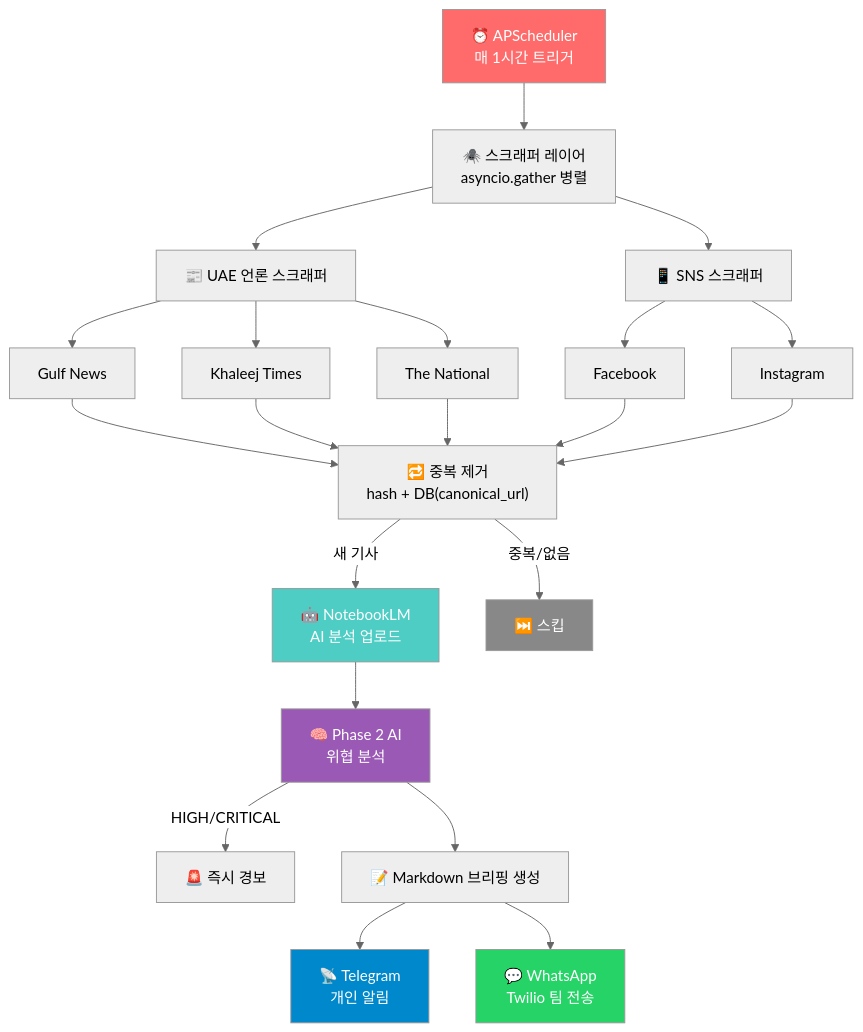
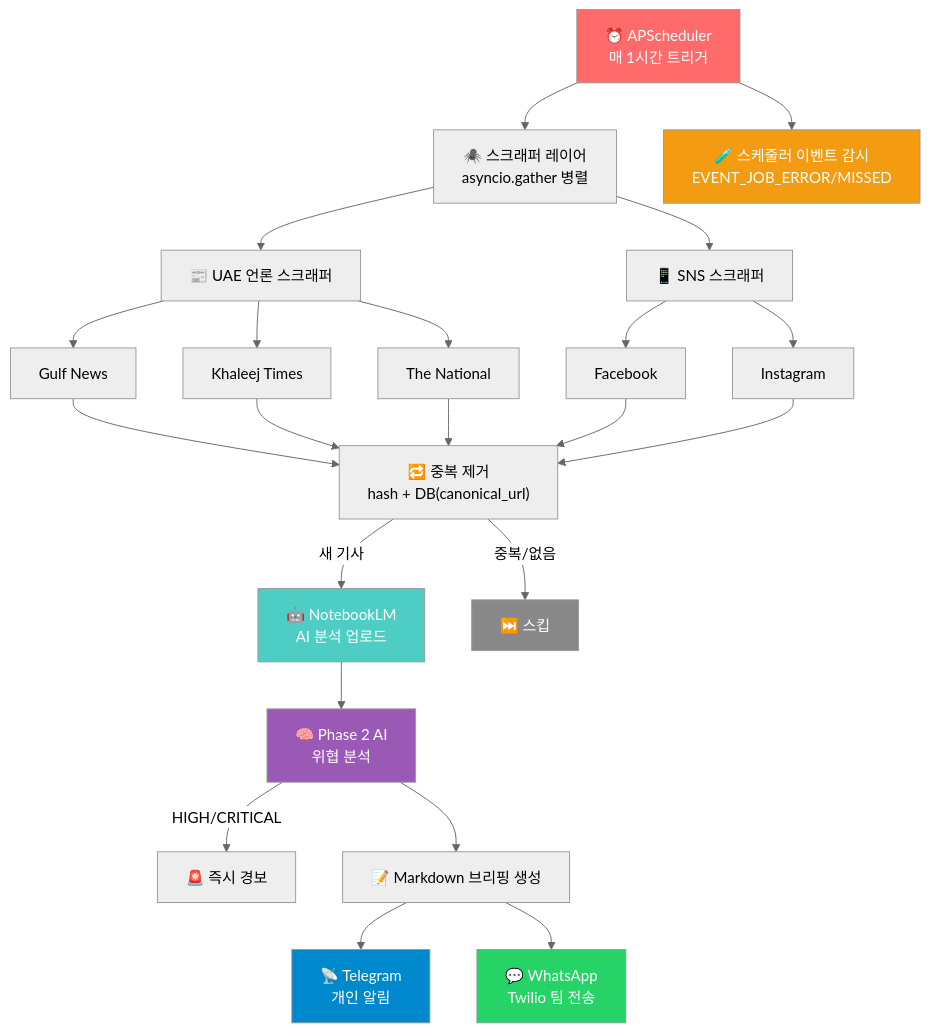
Before and after one commit to macho715/iran-war-notelm: the first of 3 diagrams in README.md, drawn with Mermaid (neutral theme). The commit also changed other lines of this file and 2 other files, not shown here.

Commit message:
docs: sync changelog readme architecture for deep-synth observability

````diff
--- a/README.md
+++ b/README.md
@@ -34,32 +35,34 @@
 ```mermaid
 flowchart TD
     A["⏰ APScheduler<br/>매 1시간 트리거"] --> B["🕷️ 스크래퍼 레이어<br/>asyncio.gather 병렬"]
 
     B --> C["📰 UAE 언론 스크래퍼"]
     B --> D["📱 SNS 스크래퍼"]
 
     C --> C1[Gulf News]
     C --> C2[Khaleej Times]
     C --> C3[The National]
     D --> D1[Facebook]
     D --> D2[Instagram]
 
     C1 & C2 & C3 & D1 & D2 --> E["🔁 중복 제거<br/>hash + DB(canonical_url)"]
 
     E -->|새 기사| F["🤖 NotebookLM<br/>AI 분석 업로드"]
     E -->|중복/없음| Z["⏭️ 스킵"]
 
     F --> P2["🧠 Phase 2 AI<br/>위협 분석"]
     P2 -->|HIGH/CRITICAL| ALERT["🚨 즉시 경보"]
     P2 --> G["📝 Markdown 브리핑 생성"]
+    A --> J["🧪 스케줄러 이벤트 감시<br/>EVENT_JOB_ERROR/MISSED"]
 
     G --> H["📡 Telegram<br/>개인 알림"]
     G --> I["💬 WhatsApp<br/>Twilio 팀 전송"]
 
     style A fill:#ff6b6b,color:#fff
     style F fill:#4ecdc4,color:#fff
     style P2 fill:#9b59b6,color:#fff
     style H fill:#0088cc,color:#fff
     style I fill:#25d366,color:#fff
     style Z fill:#888,color:#fff
+    style J fill:#f39c12,color:#fff
 ```
````
